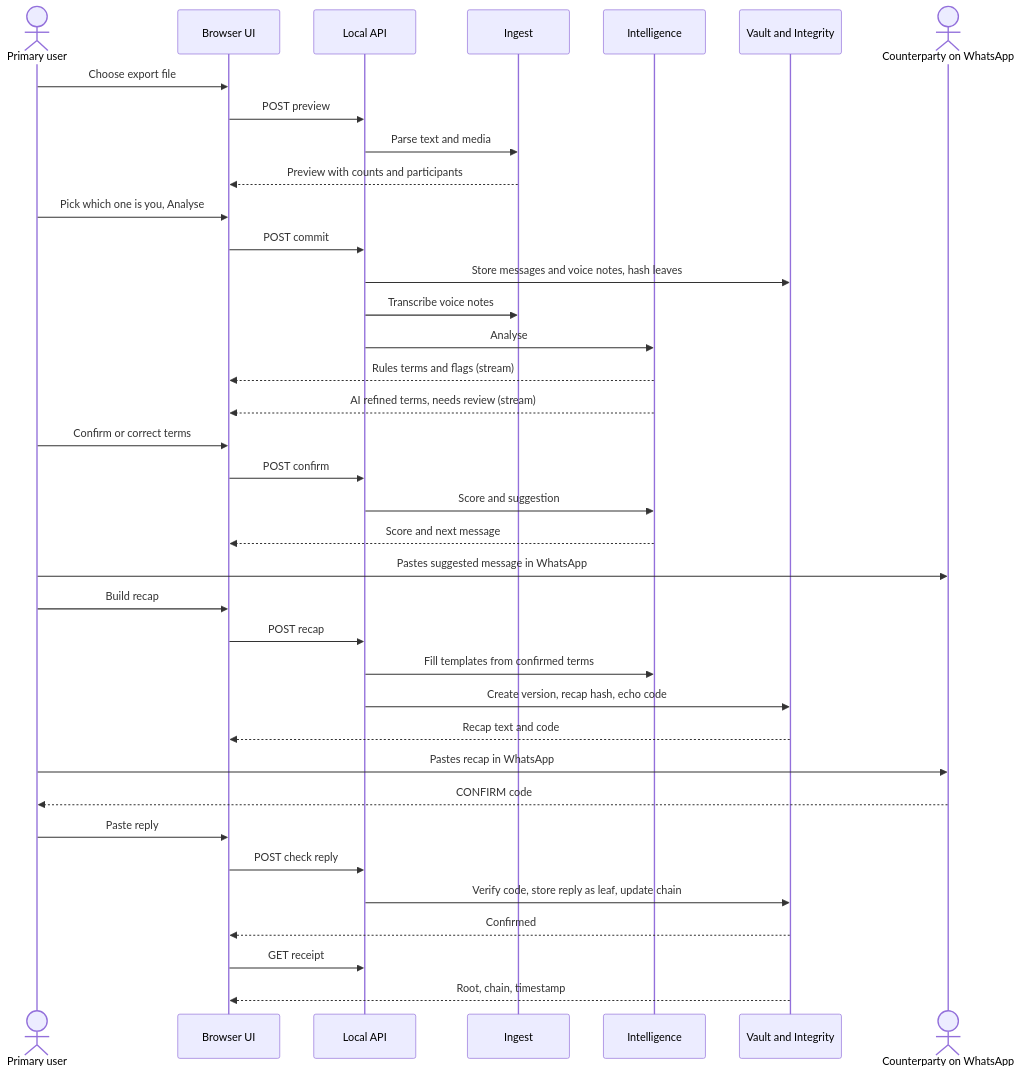
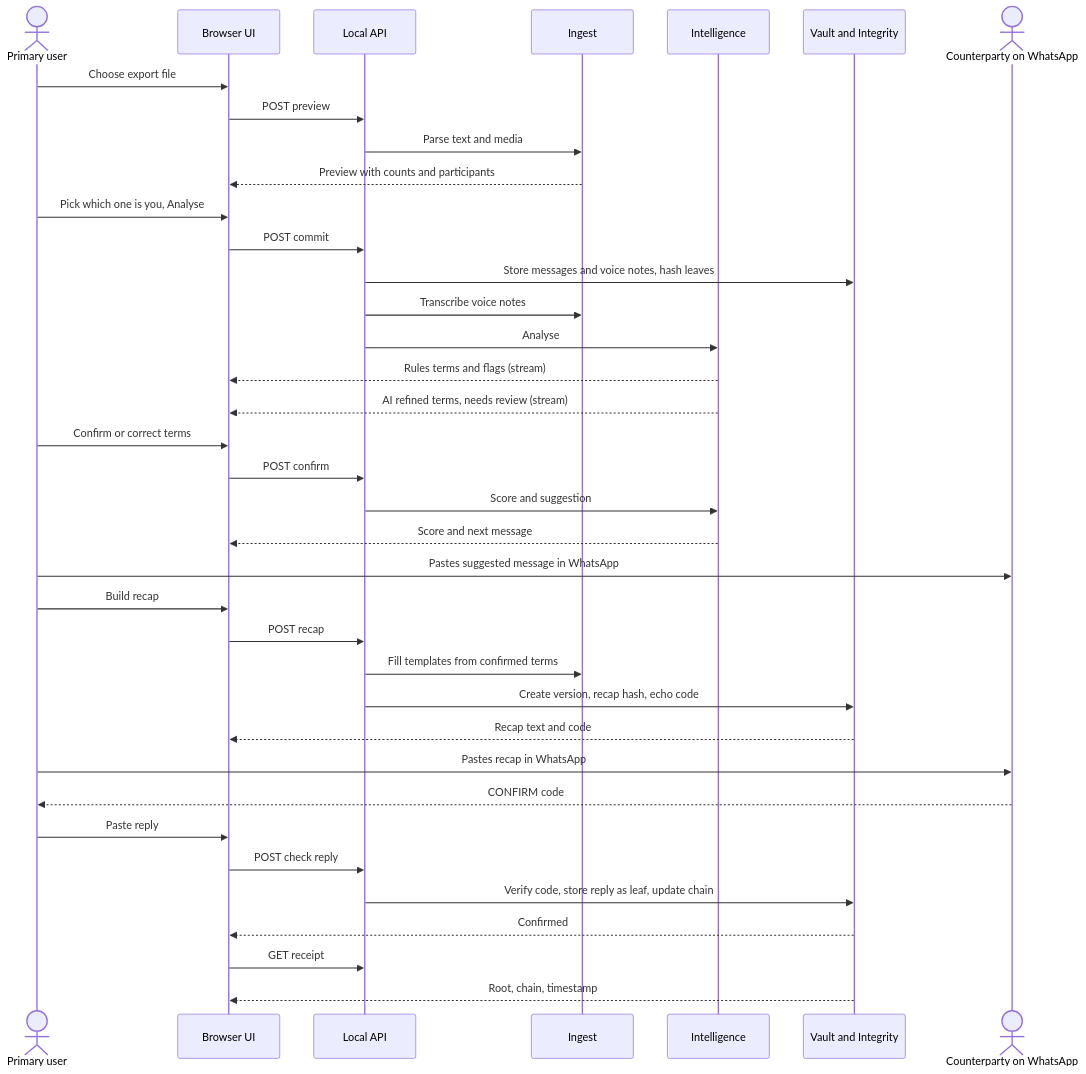
The fourth of 7 diagrams in docs/ARCHITECTURE.md (HARDIKSINGH150206/Veridoc), drawn with Mermaid before and after one commit. The commit also changed other lines of this file and 17 other files, not shown here.

````diff
--- a/docs/ARCHITECTURE.md
+++ b/docs/ARCHITECTURE.md
@@ -134,39 +134,39 @@
 ```mermaid
 sequenceDiagram
   actor U as Primary user
   participant UI as Browser UI
   participant API as Local API
   participant ING as Ingest
   participant INT as Intelligence
   participant VLT as Vault and Integrity
   actor CP as Counterparty on WhatsApp
   U->>UI: Choose export file
   UI->>API: POST preview
   API->>ING: Parse text and media
   ING-->>UI: Preview with counts and participants
   U->>UI: Pick which one is you, Analyse
   UI->>API: POST commit
   API->>VLT: Store messages and voice notes, hash leaves
   API->>ING: Transcribe voice notes
   API->>INT: Analyse
   INT-->>UI: Rules terms and flags (stream)
   INT-->>UI: AI refined terms, needs review (stream)
   U->>UI: Confirm or correct terms
   UI->>API: POST confirm
   API->>INT: Score and suggestion
   INT-->>UI: Score and next message
   U->>CP: Pastes suggested message in WhatsApp
   U->>UI: Build recap
   UI->>API: POST recap
-  API->>INT: Fill templates from confirmed terms
+  API->>ING: Fill templates from confirmed terms
   API->>VLT: Create version, recap hash, echo code
   VLT-->>UI: Recap text and code
   U->>CP: Pastes recap in WhatsApp
   CP-->>U: CONFIRM code
   U->>UI: Paste reply
   UI->>API: POST check reply
   API->>VLT: Verify code, store reply as leaf, update chain
   VLT-->>UI: Confirmed
   UI->>API: GET receipt
   VLT-->>UI: Root, chain, timestamp
 ```
````
